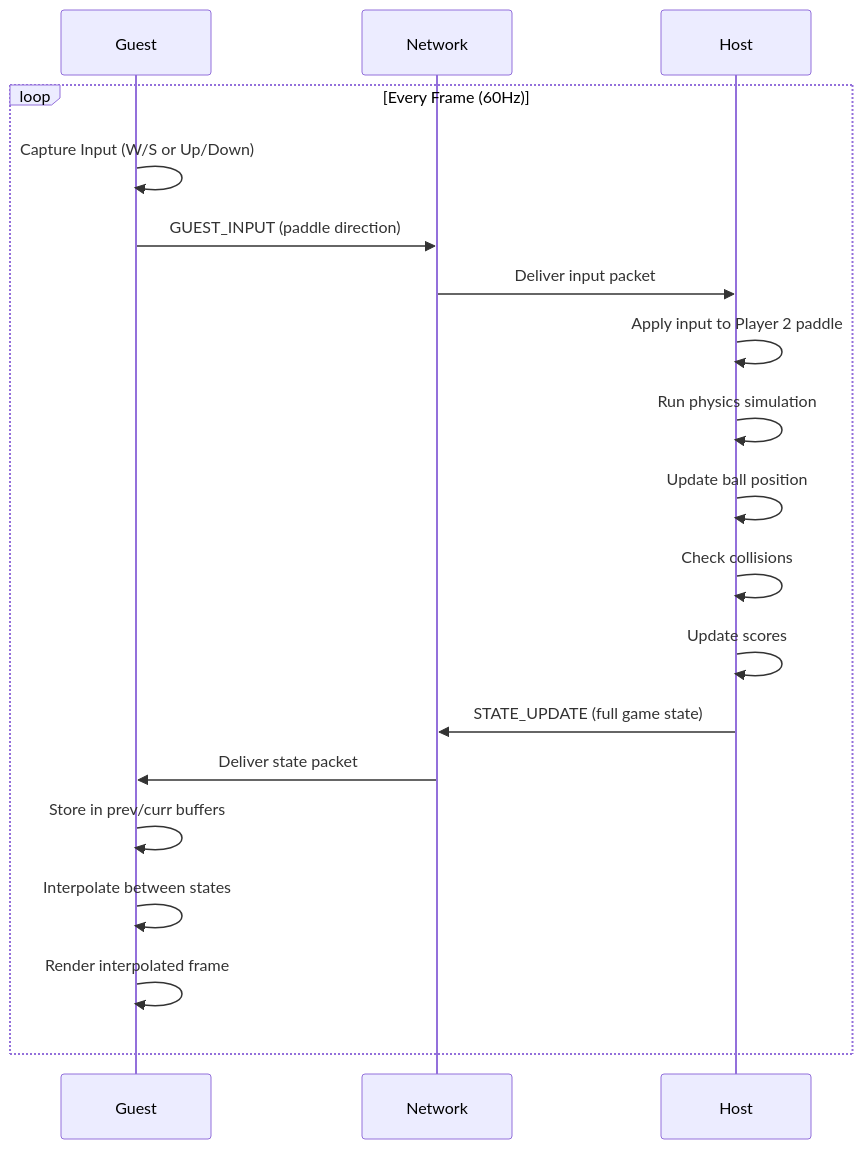
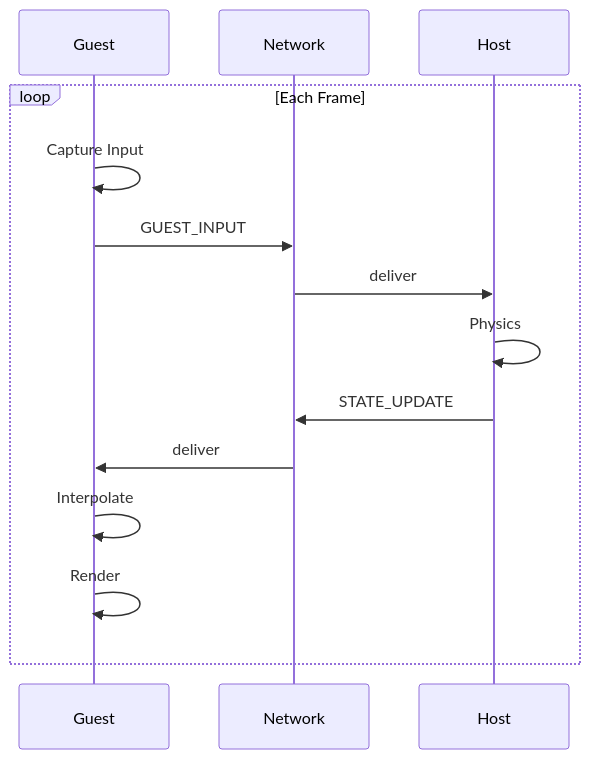
One commit to OlawoleAbayomi-Owodunni/pong-networking changed the fourth of 6 diagrams in DESIGN_REPORT.md. Above: the diagram before and after it, drawn with Mermaid. The commit also changed other lines of this file, not shown here.

````diff
--- a/DESIGN_REPORT.md
+++ b/DESIGN_REPORT.md
@@ -298,25 +233,17 @@
 ```mermaid
 sequenceDiagram
     participant G as Guest
-    participant Net as Network
+    participant N as Network
     participant H as Host
-    
-    loop Every Frame (60Hz)
-        G->>G: Capture Input (W/S or Up/Down)
-        G->>Net: GUEST_INPUT (paddle direction)
-        
-        Net->>H: Deliver input packet
-        H->>H: Apply input to Player 2 paddle
-        H->>H: Run physics simulation
-        H->>H: Update ball position
-        H->>H: Check collisions
-        H->>H: Update scores
-        
-        H->>Net: STATE_UPDATE (full game state)
-        Net->>G: Deliver state packet
-        
-        G->>G: Store in prev/curr buffers
-        G->>G: Interpolate between states
-        G->>G: Render interpolated frame
+
+    loop Each Frame
+        G->>G: Capture Input
+        G->>N: GUEST_INPUT
+        N->>H: deliver
+        H->>H: Physics
+        H->>N: STATE_UPDATE
+        N->>G: deliver
+        G->>G: Interpolate
+        G->>G: Render
     end
 ```
````
